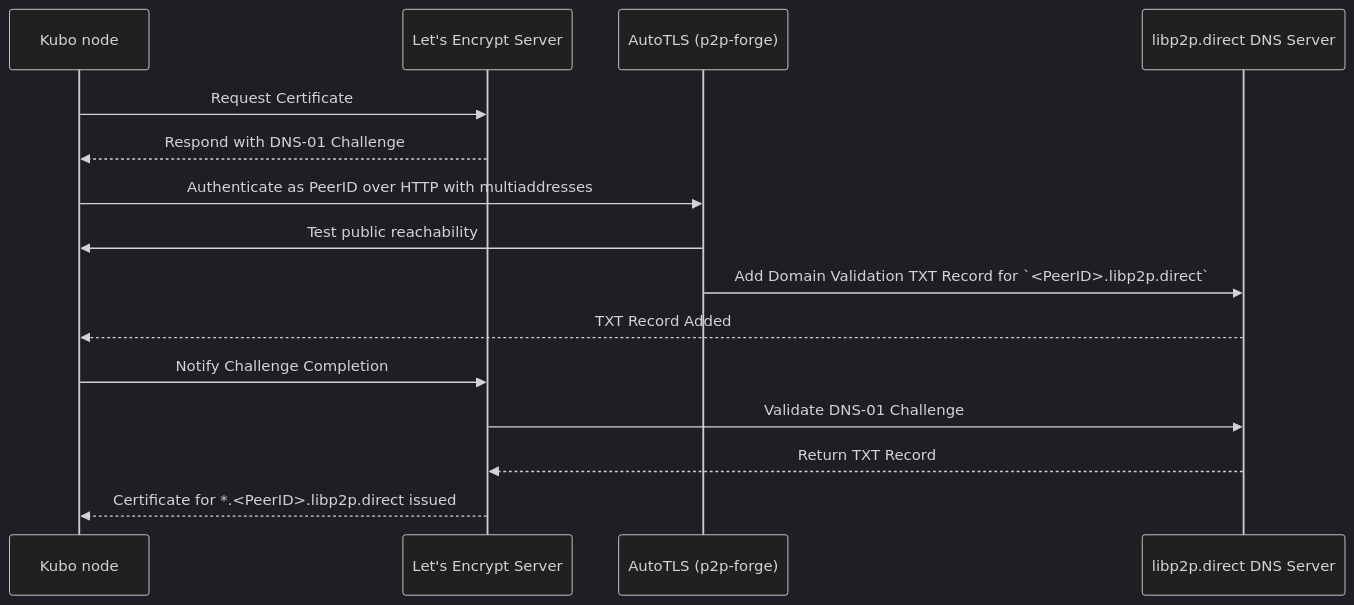
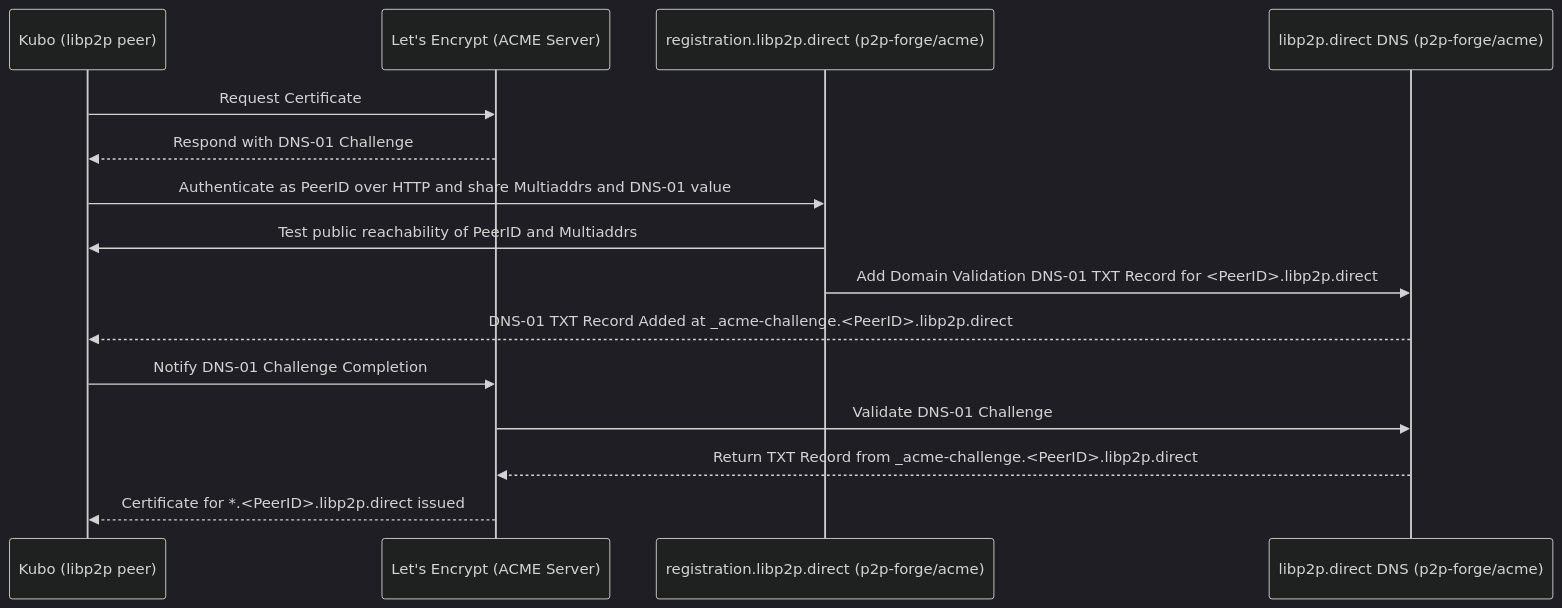
The first of 2 diagrams in README.md (ipshipyard/p2p-forge), drawn with Mermaid (dark theme) before and after one commit. The commit also changed other lines of this file and 2 other files, not shown here.

````diff
--- a/README.md
+++ b/README.md
@@ -13,22 +16,22 @@
 ```mermaid
 sequenceDiagram
-    participant Client as Kubo node
-    participant LE as Let's Encrypt Server
-    participant AutoTLS as AutoTLS (p2p-forge)
-    participant DNS as libp2p.direct DNS Server
+    participant Client as Kubo (libp2p peer)
+    participant LE as Let's Encrypt (ACME Server)
+    participant Registration as registration.libp2p.direct (p2p-forge/acme)
+    participant DNS as libp2p.direct DNS (p2p-forge/acme)
 
     Client->>LE: Request Certificate
     LE-->>Client: Respond with DNS-01 Challenge
 
-    Client->>AutoTLS: Authenticate as PeerID over HTTP with multiaddresses
-    AutoTLS->>Client: Test public reachability
+    Client->>Registration: Authenticate as PeerID over HTTP and share Multiaddrs and DNS-01 value
+    Registration->>Client: Test public reachability of PeerID and Multiaddrs
 
-    AutoTLS->>DNS: Add Domain Validation TXT Record for `<PeerID>.libp2p.direct`
-    DNS-->>Client: TXT Record Added
+    Registration->>DNS: Add Domain Validation DNS-01 TXT Record for <PeerID>.libp2p.direct
+    DNS-->>Client: DNS-01 TXT Record Added at _acme-challenge.<PeerID>.libp2p.direct
 
-    Client->>LE: Notify Challenge Completion
+    Client->>LE: Notify DNS-01 Challenge Completion
     LE->>DNS: Validate DNS-01 Challenge
-    DNS-->>LE: Return TXT Record
+    DNS-->>LE: Return TXT Record from _acme-challenge.<PeerID>.libp2p.direct
 
     LE-->>Client: Certificate for *.<PeerID>.libp2p.direct issued
 ```
````
